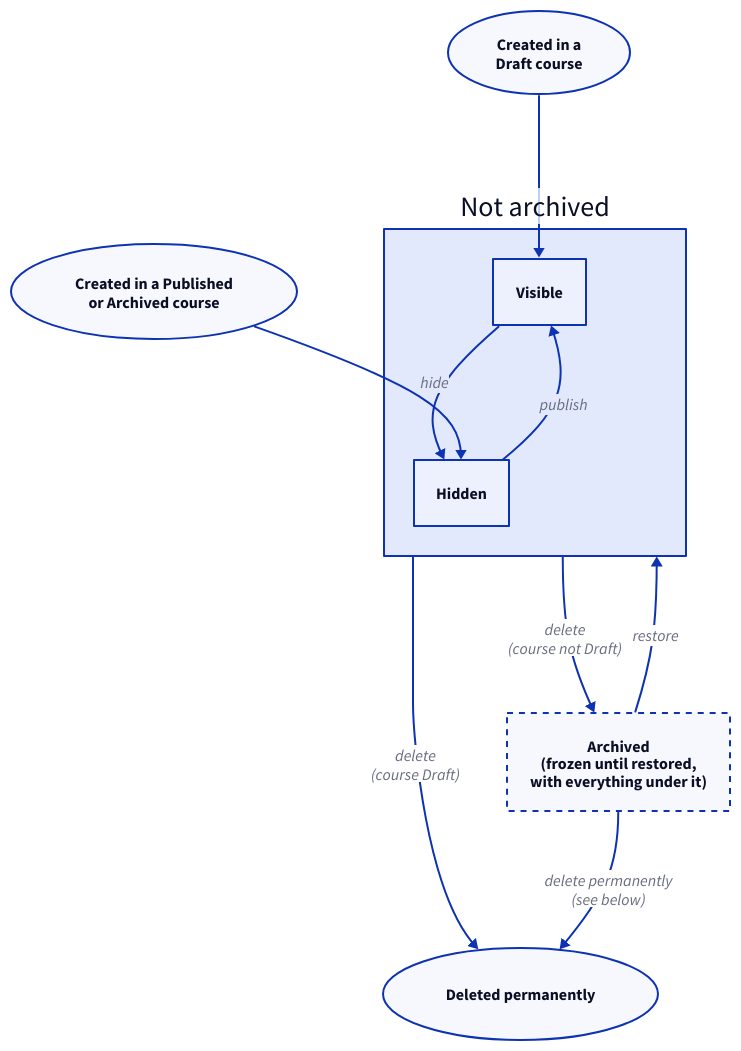
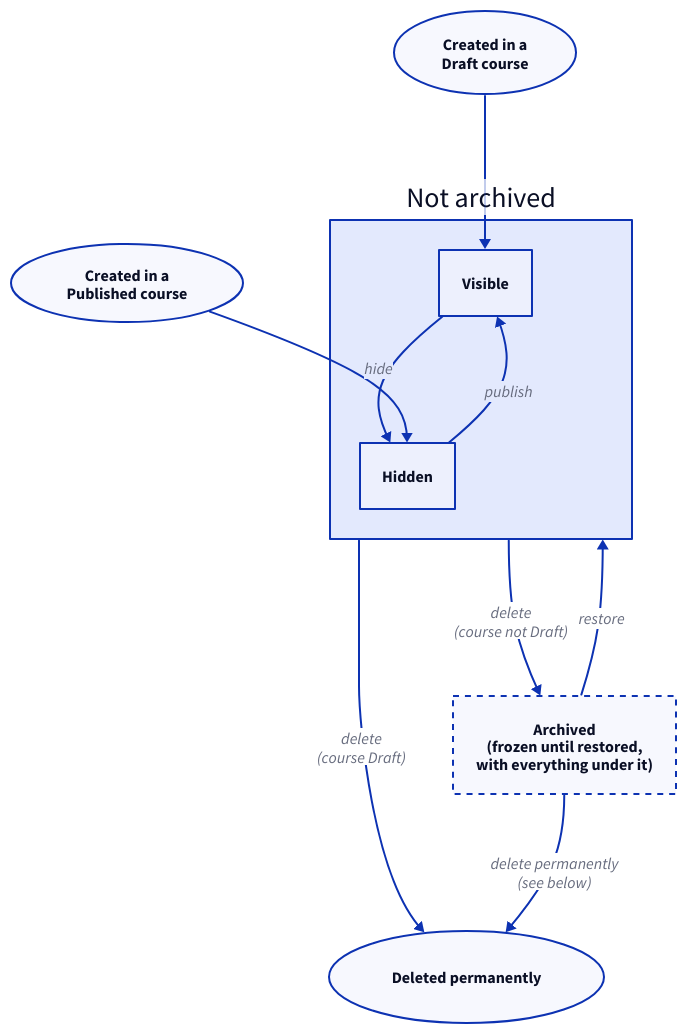
One commit to AlexTo/Wattle-LMS changed the second of 3 diagrams in docs/src/content/docs/en/design/live-course-editing.mdx. Above: the diagram before and after it, drawn with D2. The commit also changed other lines of this file and 13 other files, not shown here.

First line of the commit message:
feat(instructor-api,instructor-portal): make an archived course read-only (#160)

````diff
--- a/docs/src/content/docs/en/design/live-course-editing.mdx
+++ b/docs/src/content/docs/en/design/live-course-editing.mdx
@@ -45,27 +47,27 @@
 ```d2 title="Lifecycle of a module, lesson or content item: the course's status decides where a new record starts and what delete does; then publish, hide, archive, restore and delete"
 direction: down
 
 new_draft: "Created in a\nDraft course" {shape: oval}
-new_live: "Created in a Published\nor Archived course" {shape: oval}
+new_live: "Created in a\nPublished course" {shape: oval}
 
 live: "Not archived" {
   visible: Visible
   hidden: Hidden
 
   hidden -> visible: publish
   visible -> hidden: hide
 }
 
 archived: "Archived\n(frozen until restored,\nwith everything under it)" {
   style.stroke-dash: 3
 }
 
 deleted: Deleted permanently {shape: oval}
 
 new_draft -> live.visible
 new_live -> live.hidden
 live -> archived: "delete\n(course not Draft)"
 archived -> live: restore
 live -> deleted: "delete\n(course Draft)"
 archived -> deleted: "delete permanently\n(see below)"
 ```
````
